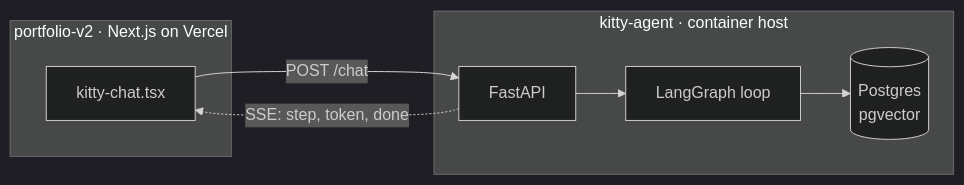
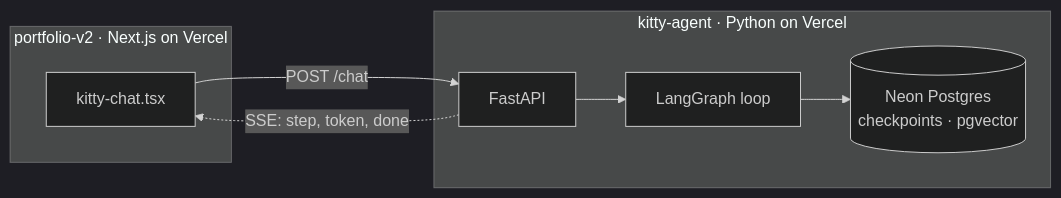
The first of 2 diagrams in README.md (vroslmend/kitty-agent), drawn with Mermaid (dark theme) before and after one commit. The commit also changed other lines of this file, not shown here.

First line of the commit message:
Bring the README up to date with the agent

````diff
--- a/README.md
+++ b/README.md
@@ -18,17 +18,17 @@
 ```mermaid
 flowchart LR
     subgraph pf["portfolio-v2 · Next.js on Vercel"]
         widget["kitty-chat.tsx"]
     end
 
-    subgraph ka["kitty-agent · container host"]
+    subgraph ka["kitty-agent · Python on Vercel"]
         api["FastAPI"]
         loop["LangGraph loop"]
-        store[("Postgres<br/>pgvector")]
+        store[("Neon Postgres<br/>checkpoints · pgvector")]
         api --> loop
         loop --> store
     end
 
     widget -->|"POST /chat"| api
     api -.->|"SSE: step, token, done"| widget
 ```
````
